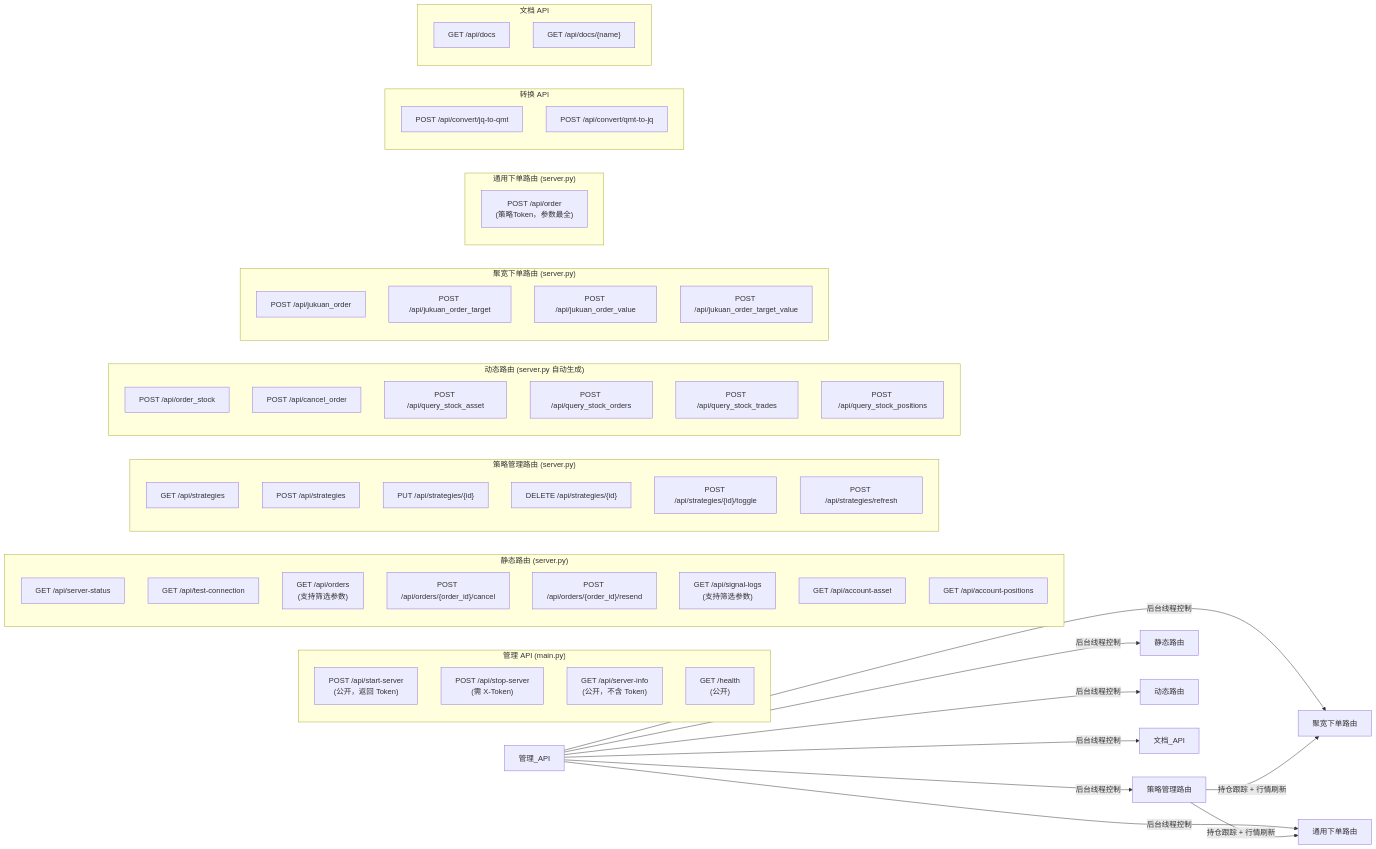
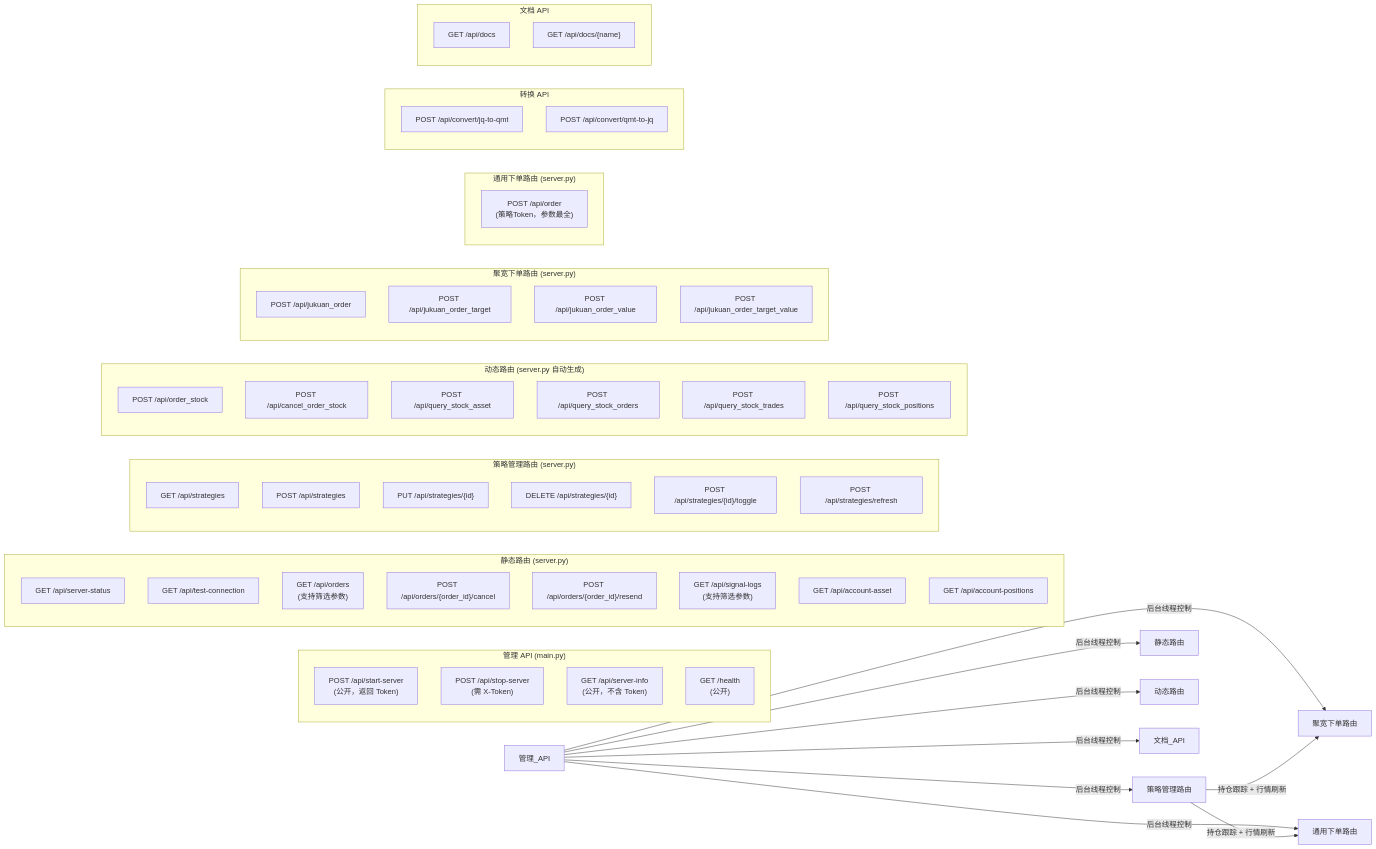
The fourth of 4 diagrams in product-doc/IMPLEMENTATION_PLAN.md (Dada-liu/QMT-Live-Assistant), drawn with Mermaid before and after one commit. The commit also changed other lines of this file and 12 other files, not shown here.

````diff
--- a/product-doc/IMPLEMENTATION_PLAN.md
+++ b/product-doc/IMPLEMENTATION_PLAN.md
@@ -278,68 +278,68 @@
 ```mermaid
 graph LR
     subgraph "管理 API (main.py)"
         START["POST /api/start-server<br/>(公开，返回 Token)"]
         STOP["POST /api/stop-server<br/>(需 X-Token)"]
         INFO["GET /api/server-info<br/>(公开，不含 Token)"]
         HEALTH["GET /health<br/>(公开)"]
     end
 
     subgraph "静态路由 (server.py)"
         STATUS["GET /api/server-status"]
         CONN["GET /api/test-connection"]
         ORDERS["GET /api/orders<br/>(支持筛选参数)"]
         ORDER_CANCEL["POST /api/orders/{order_id}/cancel"]
         ORDER_RESEND["POST /api/orders/{order_id}/resend"]
         SIG_LOGS["GET /api/signal-logs<br/>(支持筛选参数)"]
         ASSET["GET /api/account-asset"]
         POS["GET /api/account-positions"]
     end
 
     subgraph "策略管理路由 (server.py)"
         S_LIST["GET /api/strategies"]
         S_CREATE["POST /api/strategies"]
         S_UPDATE["PUT /api/strategies/{id}"]
         S_DELETE["DELETE /api/strategies/{id}"]
         S_TOGGLE["POST /api/strategies/{id}/toggle"]
         S_REFRESH["POST /api/strategies/refresh"]
     end
 
     subgraph "动态路由 (server.py 自动生成)"
         D1["POST /api/order_stock"]
-        D2["POST /api/cancel_order"]
+        D2["POST /api/cancel_order_stock"]
         D3["POST /api/query_stock_asset"]
         D4["POST /api/query_stock_orders"]
         D5["POST /api/query_stock_trades"]
         D6["POST /api/query_stock_positions"]
     end
 
     subgraph "聚宽下单路由 (server.py)"
         JK1["POST /api/jukuan_order"]
         JK2["POST /api/jukuan_order_target"]
         JK3["POST /api/jukuan_order_value"]
         JK4["POST /api/jukuan_order_target_value"]
     end
 
     subgraph "通用下单路由 (server.py)"
         GO["POST /api/order<br/>(策略Token，参数最全)"]
     end
 
     subgraph "转换 API"
         JQ["POST /api/convert/jq-to-qmt"]
         QJ["POST /api/convert/qmt-to-jq"]
     end
 
     subgraph "文档 API"
         DOC_LIST["GET /api/docs"]
         DOC_GET["GET /api/docs/{name}"]
     end
 
     管理_API -->|"后台线程控制"| 策略管理路由
     管理_API -->|"后台线程控制"| 静态路由
     管理_API -->|"后台线程控制"| 动态路由
     管理_API -->|"后台线程控制"| 聚宽下单路由
     管理_API -->|"后台线程控制"| 通用下单路由
     管理_API -->|"后台线程控制"| 文档_API
     策略管理路由 -->|"持仓跟踪 + 行情刷新"| 聚宽下单路由
     策略管理路由 -->|"持仓跟踪 + 行情刷新"| 通用下单路由
 ```
````
